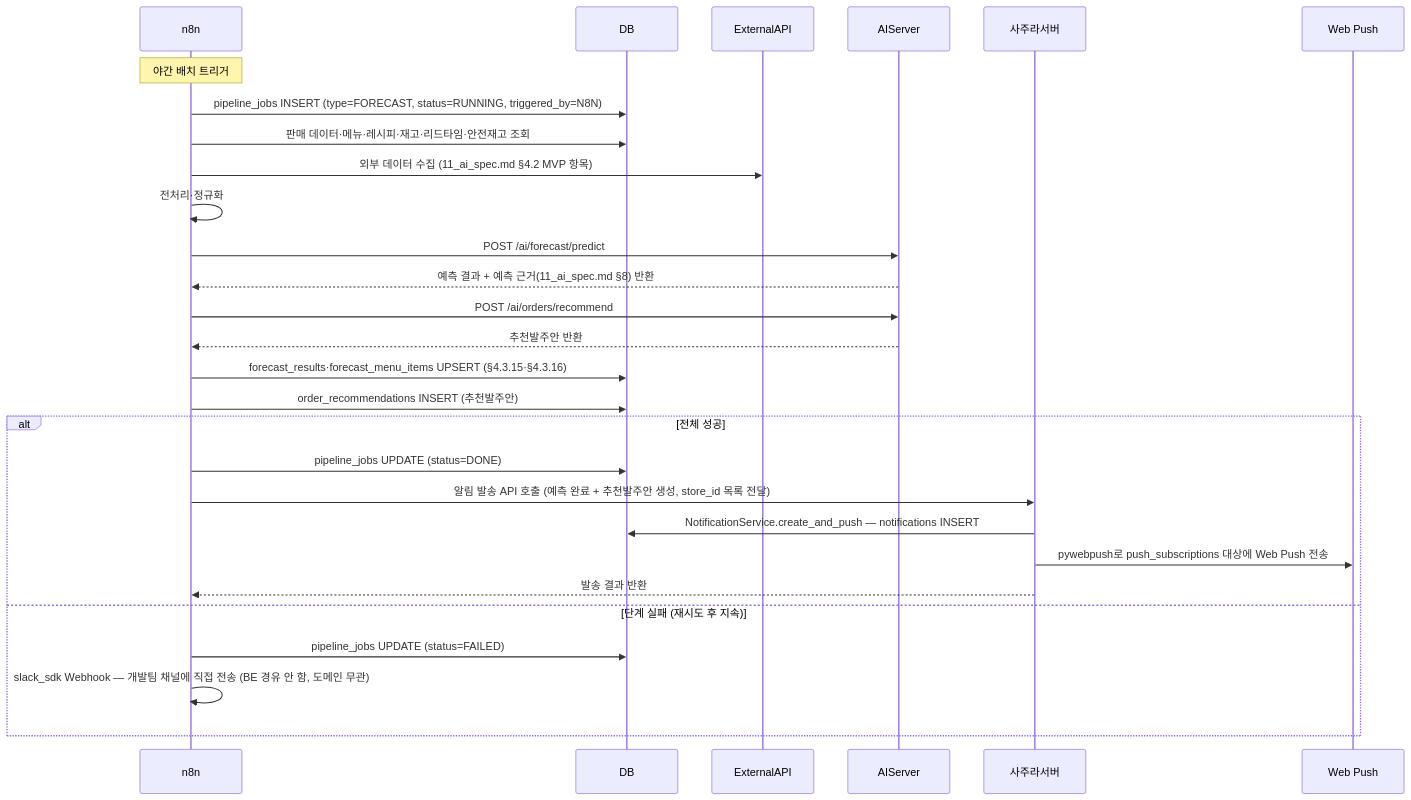
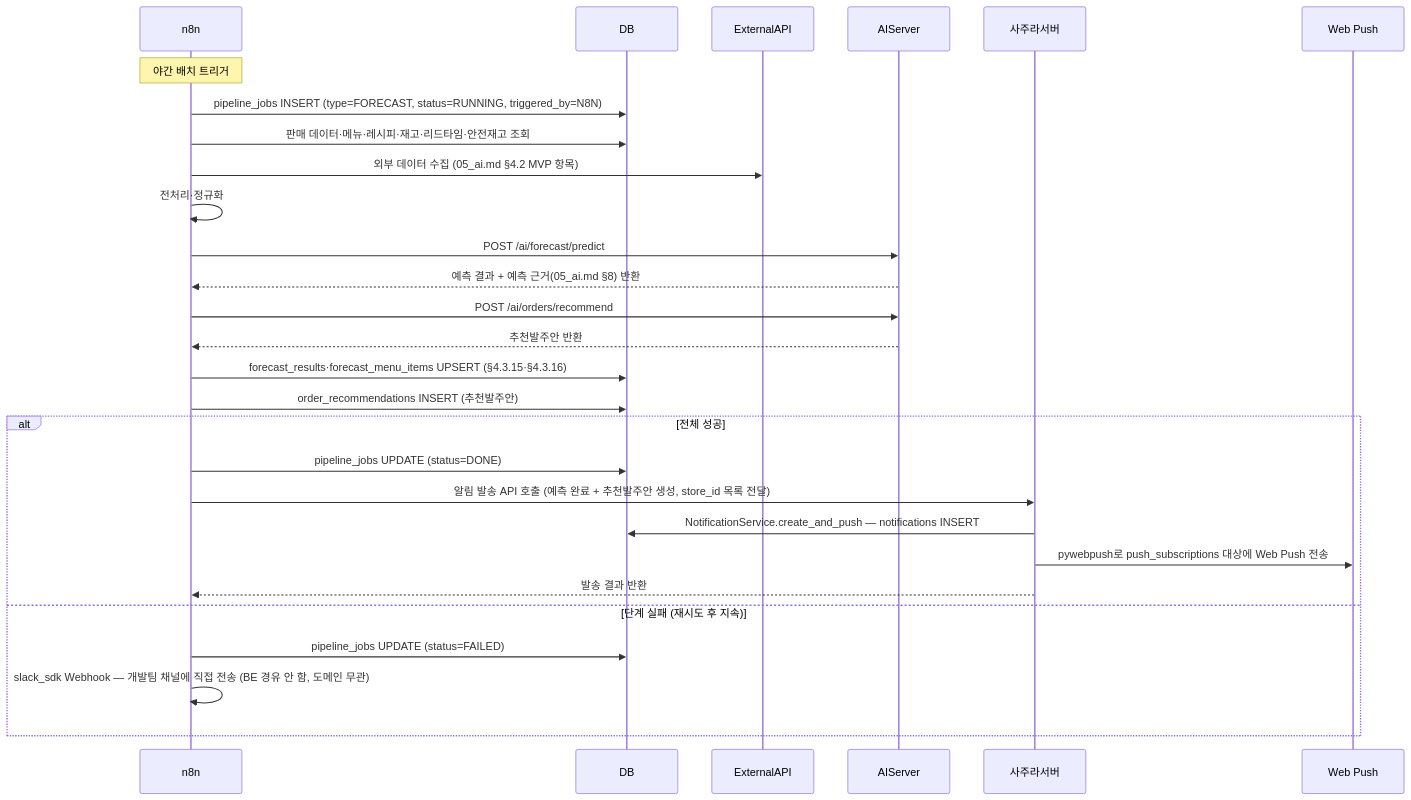
The fourth of 8 diagrams in docs/spec/02_implementation_design.md (h-taek/CapstoneDesign-Sajura), drawn with Mermaid before and after one commit. The commit also changed other lines of this file and 46 other files, not shown here.

````diff
--- a/docs/spec/02_implementation_design.md
+++ b/docs/spec/02_implementation_design.md
@@ -354,32 +355,32 @@
 ```mermaid
 sequenceDiagram
     participant n8n
     participant DB
     participant ExternalAPI
     participant AIServer
     participant BE as 사주라서버
     participant Push as Web Push
 
     Note over n8n: 야간 배치 트리거
     n8n->>DB: pipeline_jobs INSERT (type=FORECAST, status=RUNNING, triggered_by=N8N)
     n8n->>DB: 판매 데이터·메뉴·레시피·재고·리드타임·안전재고 조회
-    n8n->>ExternalAPI: 외부 데이터 수집 (11_ai_spec.md §4.2 MVP 항목)
+    n8n->>ExternalAPI: 외부 데이터 수집 (05_ai.md §4.2 MVP 항목)
     n8n->>n8n: 전처리·정규화
     n8n->>AIServer: POST /ai/forecast/predict
-    AIServer-->>n8n: 예측 결과 + 예측 근거(11_ai_spec.md §8) 반환
+    AIServer-->>n8n: 예측 결과 + 예측 근거(05_ai.md §8) 반환
     n8n->>AIServer: POST /ai/orders/recommend
     AIServer-->>n8n: 추천발주안 반환
     n8n->>DB: forecast_results·forecast_menu_items UPSERT (§4.3.15·§4.3.16)
     n8n->>DB: order_recommendations INSERT (추천발주안)
 
     alt 전체 성공
         n8n->>DB: pipeline_jobs UPDATE (status=DONE)
         n8n->>BE: 알림 발송 API 호출 (예측 완료 + 추천발주안 생성, store_id 목록 전달)
         BE->>DB: NotificationService.create_and_push — notifications INSERT
         BE->>Push: pywebpush로 push_subscriptions 대상에 Web Push 전송
         BE-->>n8n: 발송 결과 반환
     else 단계 실패 (재시도 후 지속)
         n8n->>DB: pipeline_jobs UPDATE (status=FAILED)
         n8n->>n8n: slack_sdk Webhook — 개발팀 채널에 직접 전송 (BE 경유 안 함, 도메인 무관)
     end
 ```
````
